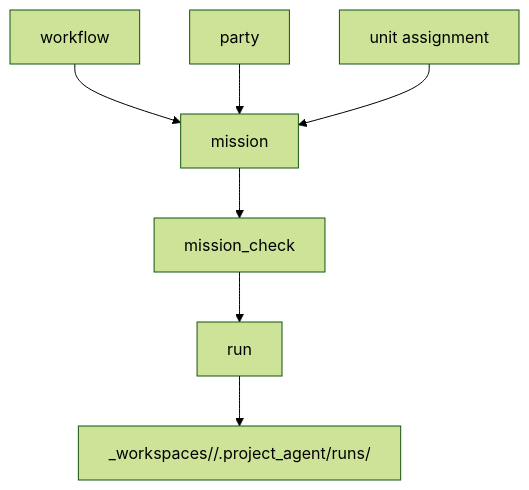
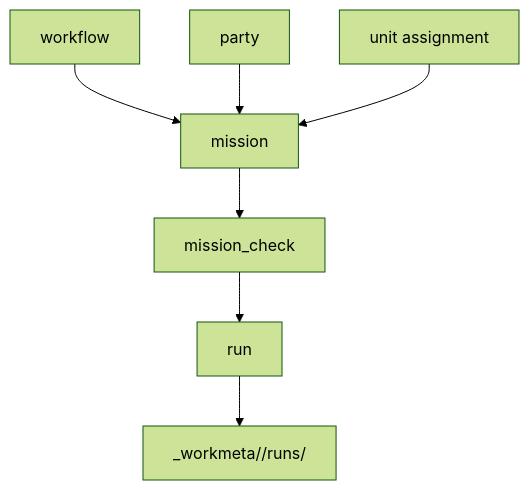
Before and after one commit to SungYongMOON/soulforge: the diagram in docs/architecture/workspace/MISSION_MANUAL_DRAFT.md, drawn with Mermaid (forest theme). The commit also changed other lines of this file and 111 other files, not shown here.

````diff
--- a/docs/architecture/workspace/MISSION_MANUAL_DRAFT.md
+++ b/docs/architecture/workspace/MISSION_MANUAL_DRAFT.md
@@ -16,9 +16,9 @@
 ```mermaid
 flowchart TD
   WF["workflow"] --> MI["mission"]
   PT["party"] --> MI
   U["unit assignment"] --> MI
   MI --> RC["mission_check"]
   RC --> RUN["run"]
-  RUN --> WS["_workspaces/<project>/.project_agent/runs/<run_id>"]
+  RUN --> WS["_workmeta/<project>/runs/<run_id>"]
 ```
````
